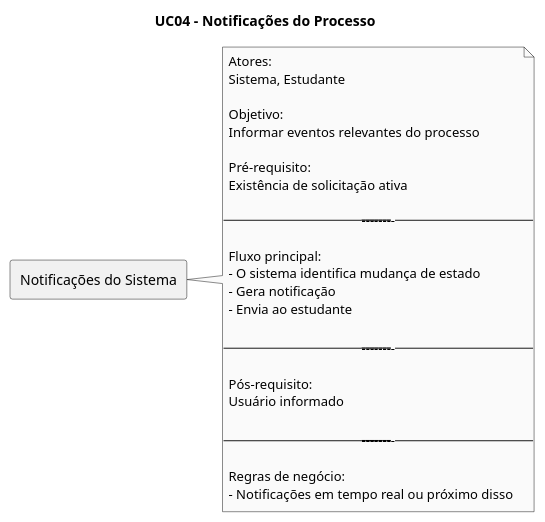
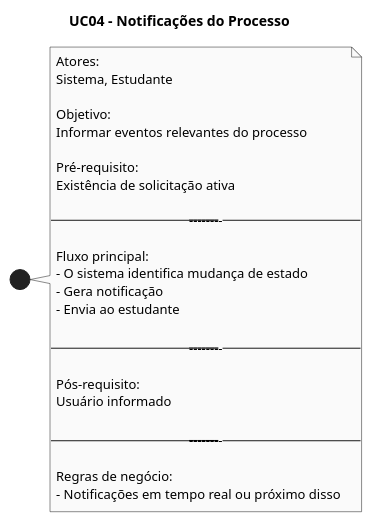
One commit to Projetos-de-Extensao/PBE_26.1_8001_VII changed the fourth of 10 diagrams in docs/Iniciacao/prototipo_baixa_fidelidade.md. Above: the diagram before and after it, drawn with PlantUML.

````diff
--- a/docs/Iniciacao/prototipo_baixa_fidelidade.md
+++ b/docs/Iniciacao/prototipo_baixa_fidelidade.md
@@ -156,40 +156,42 @@
 ```puml
-
 @startuml
 title UC04 – Notificações do Processo
 
 skinparam monochrome true
 skinparam shadowing false
 
-rectangle "Notificações do Sistema" as R
 
-note right of R
+note right
 Atores:
 Sistema, Estudante
 
 Objetivo:
 Informar eventos relevantes do processo
 
 Pré-requisito:
 Existência de solicitação ativa
 
 ----------------------------------------
 
 Fluxo principal:
 - O sistema identifica mudança de estado
 - Gera notificação
 - Envia ao estudante
 
 ----------------------------------------
 
 Pós-requisito:
 Usuário informado
 
 ----------------------------------------
 
 Regras de negócio:
 - Notificações em tempo real ou próximo disso
 end note
 
 @enduml
+
+
+
+
 ```
````
